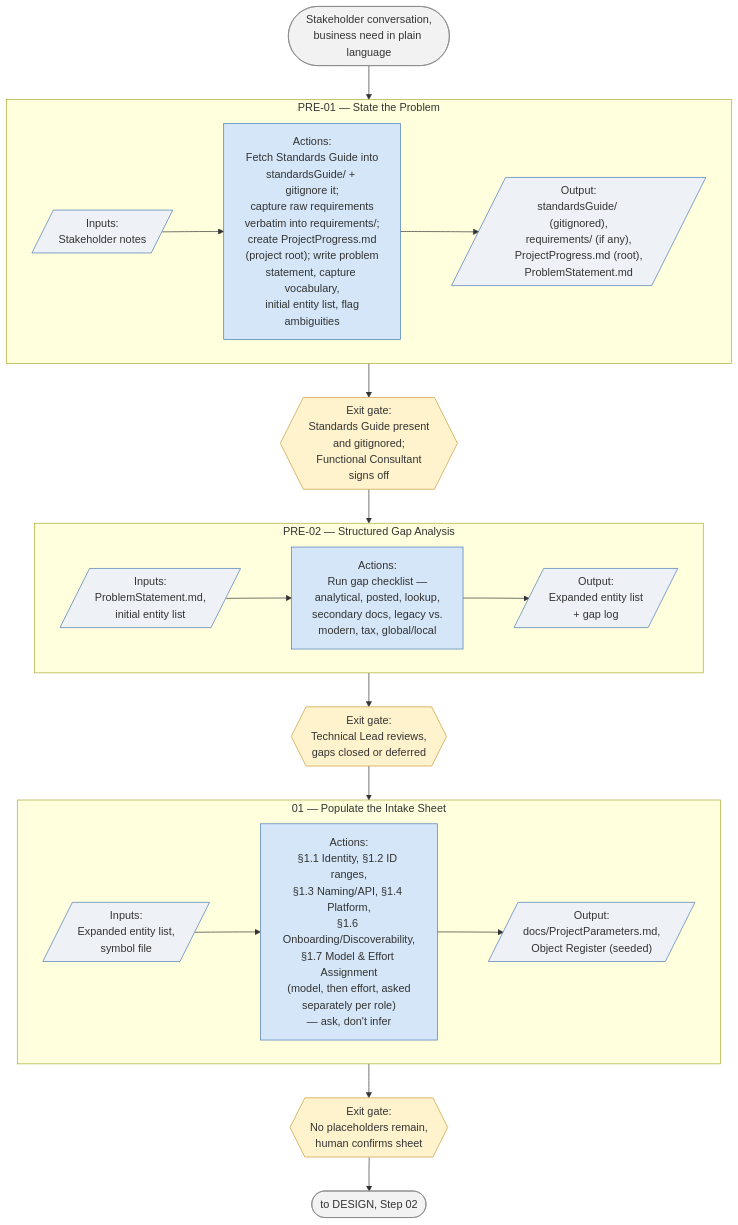
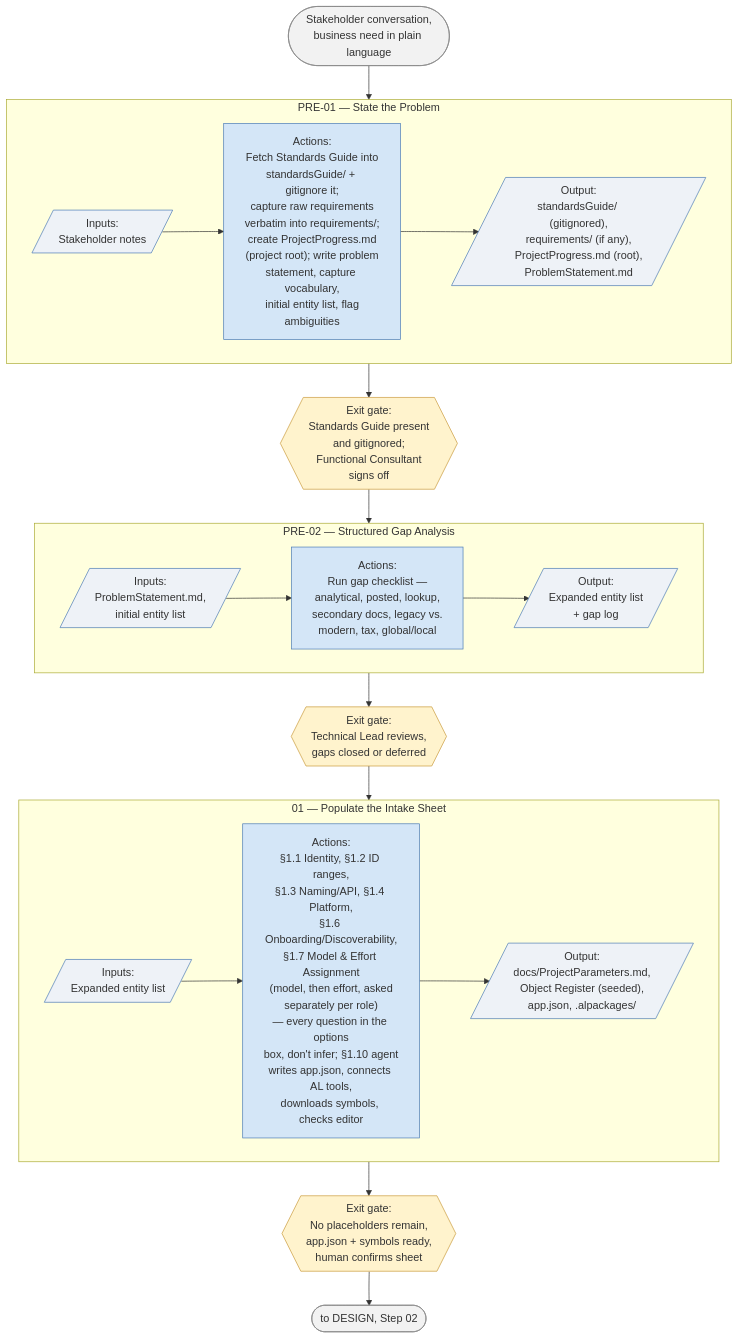
Before and after one commit to ajansari/ocpfBcAgenticDevFramework: the third of 8 diagrams in RunbookSchematics.md, drawn with Mermaid. The commit also changed other lines of this file and 16 other files, not shown here.

````diff
--- a/RunbookSchematics.md
+++ b/RunbookSchematics.md
@@ -126,35 +126,35 @@
 ```mermaid
 flowchart TD
     Start(["Stakeholder conversation,<br/>business need in plain language"]) --> PRE01
 
     subgraph PRE01["PRE-01 — State the Problem"]
         direction LR
         In1[/"Inputs:<br/>Stakeholder notes"/] --> Act1["Actions:<br/>Fetch Standards Guide into<br/>standardsGuide/ + gitignore it;<br/>capture raw requirements<br/>verbatim into requirements/;<br/>create ProjectProgress.md<br/>(project root); write problem<br/>statement, capture vocabulary,<br/>initial entity list, flag<br/>ambiguities"] --> Out1[/"Output:<br/>standardsGuide/ (gitignored),<br/>requirements/ (if any),<br/>ProjectProgress.md (root),<br/>ProblemStatement.md"/]
     end
     PRE01 --> Gate1{{"Exit gate:<br/>Standards Guide present<br/>and gitignored;<br/>Functional Consultant<br/>signs off"}}
 
     Gate1 --> PRE02
     subgraph PRE02["PRE-02 — Structured Gap Analysis"]
         direction LR
         In2[/"Inputs:<br/>ProblemStatement.md,<br/>initial entity list"/] --> Act2["Actions:<br/>Run gap checklist —<br/>analytical, posted, lookup,<br/>secondary docs, legacy vs.<br/>modern, tax, global/local"] --> Out2[/"Output:<br/>Expanded entity list<br/>+ gap log"/]
     end
     PRE02 --> Gate2{{"Exit gate:<br/>Technical Lead reviews,<br/>gaps closed or deferred"}}
 
     Gate2 --> S01
     subgraph S01["01 — Populate the Intake Sheet"]
         direction LR
-        In3[/"Inputs:<br/>Expanded entity list,<br/>symbol file"/] --> Act3["Actions:<br/>§1.1 Identity, §1.2 ID ranges,<br/>§1.3 Naming/API, §1.4 Platform,<br/>§1.6 Onboarding/Discoverability,<br/>§1.7 Model & Effort Assignment<br/>(model, then effort, asked<br/>separately per role)<br/>— ask, don't infer"] --> Out3[/"Output:<br/>docs/ProjectParameters.md,<br/>Object Register (seeded)"/]
+        In3[/"Inputs:<br/>Expanded entity list"/] --> Act3["Actions:<br/>§1.1 Identity, §1.2 ID ranges,<br/>§1.3 Naming/API, §1.4 Platform,<br/>§1.6 Onboarding/Discoverability,<br/>§1.7 Model & Effort Assignment<br/>(model, then effort, asked<br/>separately per role)<br/>— every question in the options<br/>box, don't infer; §1.10 agent<br/>writes app.json, connects AL tools,<br/>downloads symbols, checks editor"] --> Out3[/"Output:<br/>docs/ProjectParameters.md,<br/>Object Register (seeded),<br/>app.json, .alpackages/"/]
     end
-    S01 --> Gate3{{"Exit gate:<br/>No placeholders remain,<br/>human confirms sheet"}}
+    S01 --> Gate3{{"Exit gate:<br/>No placeholders remain,<br/>app.json + symbols ready,<br/>human confirms sheet"}}
 
     Gate3 --> Next(["to DESIGN, Step 02"])
 
     classDef io fill:#eef2f7,stroke:#4a7ab5,stroke-width:1px;
     classDef act fill:#d4e6f7,stroke:#4a7ab5,stroke-width:1px;
     classDef gate fill:#fff3cd,stroke:#c99a3a,stroke-width:1px;
     classDef endpoint fill:#f2f2f2,stroke:#888,stroke-width:1px;
     class In1,Out1,In2,Out2,In3,Out3 io;
     class Act1,Act2,Act3 act;
     class Gate1,Gate2,Gate3 gate;
     class Start,Next endpoint;
 ```
````
